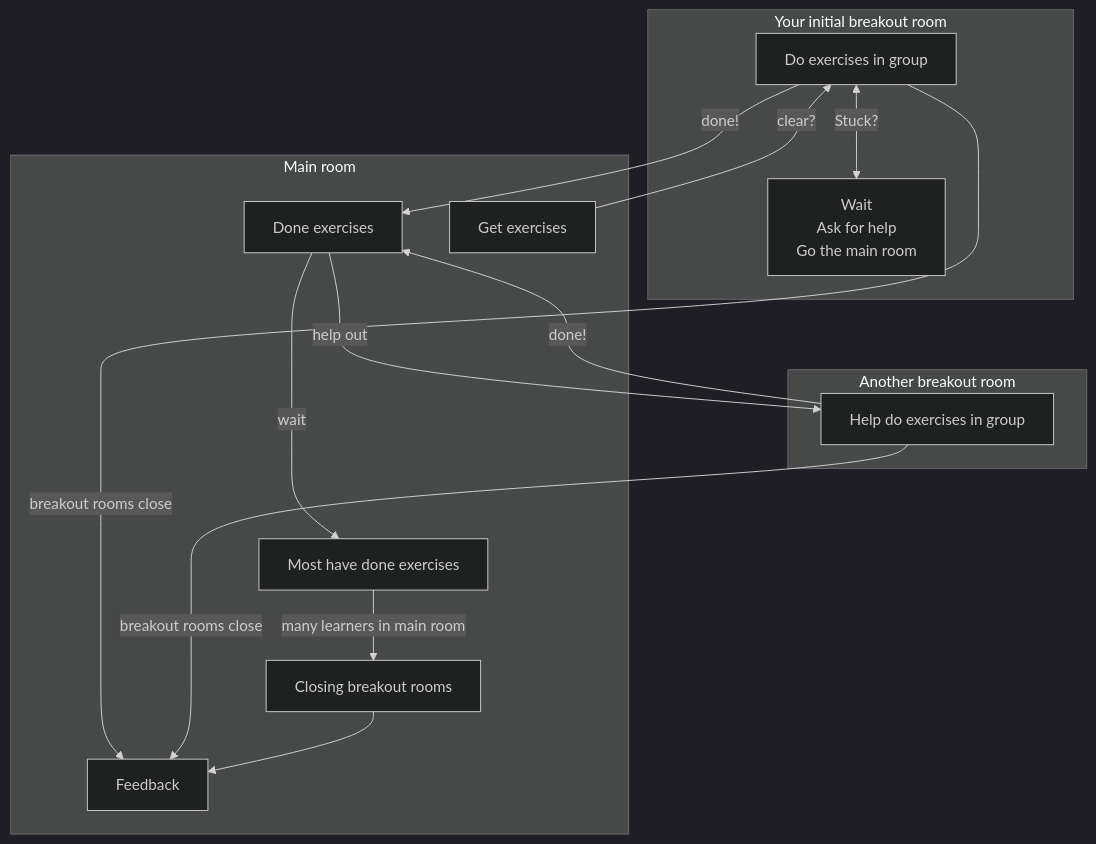
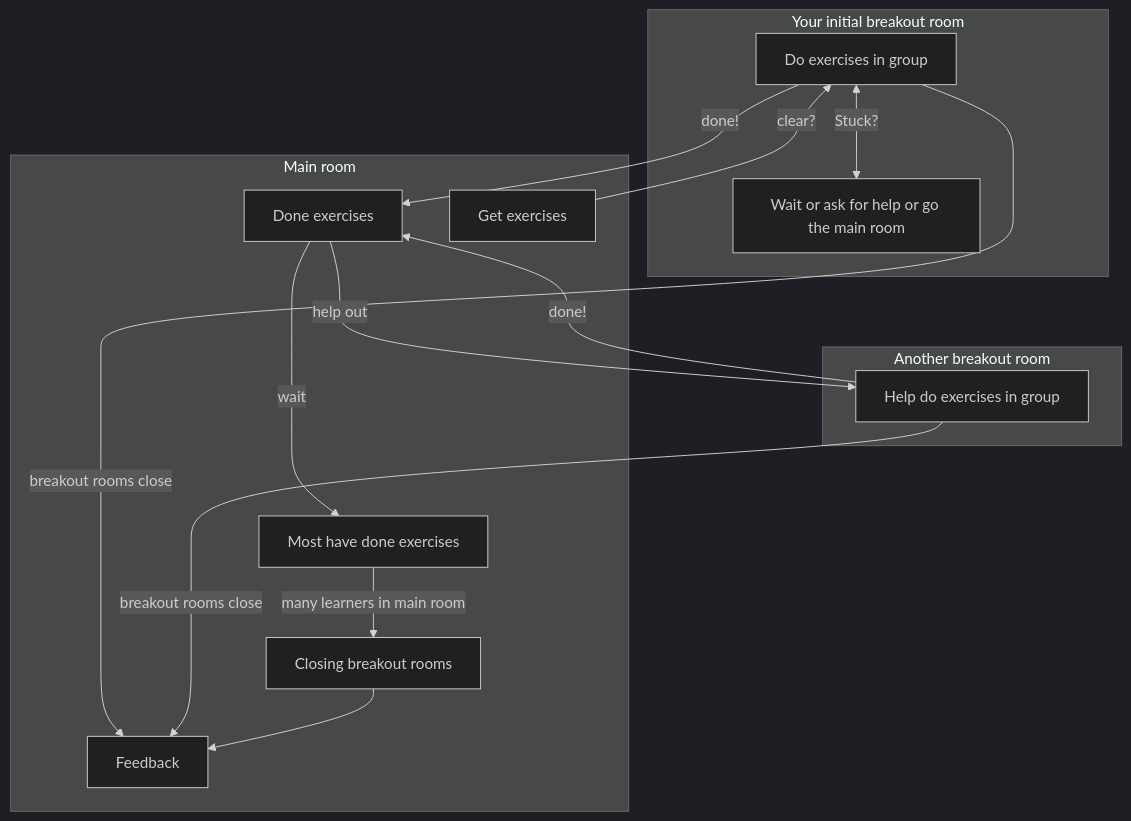
Before and after one commit to UPPMAX/bianca_workshop: the diagram in docs/misc/exercise_procedure.md, drawn with Mermaid (dark theme). The commit also changed 3 other files, not shown here.

````diff
--- a/docs/misc/exercise_procedure.md
+++ b/docs/misc/exercise_procedure.md
@@ -143,34 +143,34 @@
 ```mermaid
 flowchart TD
   subgraph breakout_room[Your initial breakout room]
     do_exercise[Do exercises in group]
-    stuck[Wait\nAsk for help\nGo the main room]
+    stuck[Wait or ask for help or go the main room]
     do_exercise <--> |Stuck?| stuck
   end
   subgraph main_room[Main room]
     get_exercise[Get exercises]
     done_exercise[Done exercises]
     most_done_exercise[Most have done exercises]
     closing_breakout_rooms[Closing breakout rooms]
     feedback[Feedback]
   end
   subgraph other_breakout_room[Another breakout room]
     help_do_exercise[Help do exercises in group]
   end
 
   get_exercise --> |clear?| do_exercise
   do_exercise --> |done!| done_exercise
   do_exercise --> |breakout rooms close| feedback
   done_exercise --> |help out| help_do_exercise
   done_exercise --> |wait| most_done_exercise
   help_do_exercise --> |done!| done_exercise
   help_do_exercise --> |breakout rooms close| feedback
   most_done_exercise --> |many learners in main room| closing_breakout_rooms
   closing_breakout_rooms --> feedback
 
   breakout_room ~~~ main_room ~~~ other_breakout_room
 
   get_exercise ~~~ help_do_exercise
   do_exercise ~~~ help_do_exercise
   help_do_exercise ~~~ most_done_exercise
 ```
````
